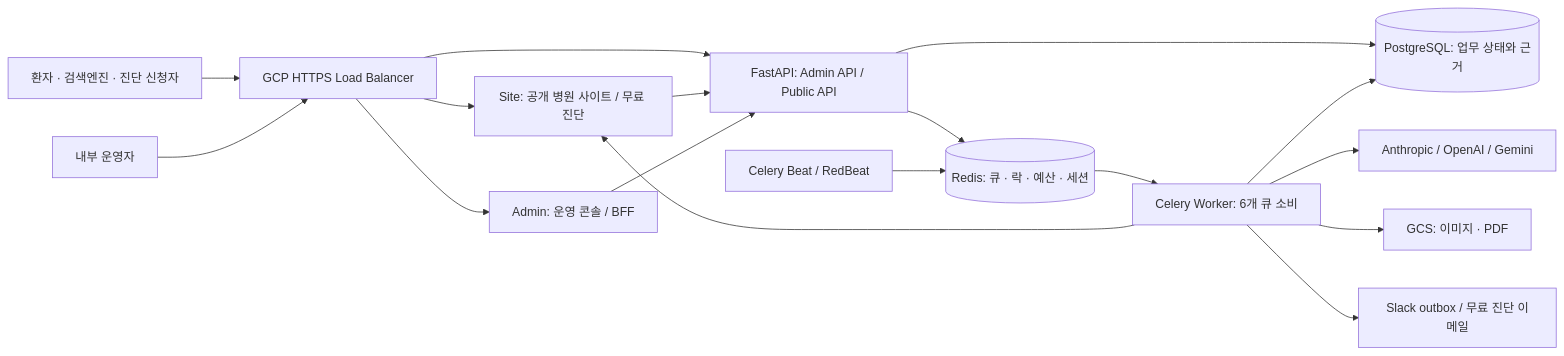
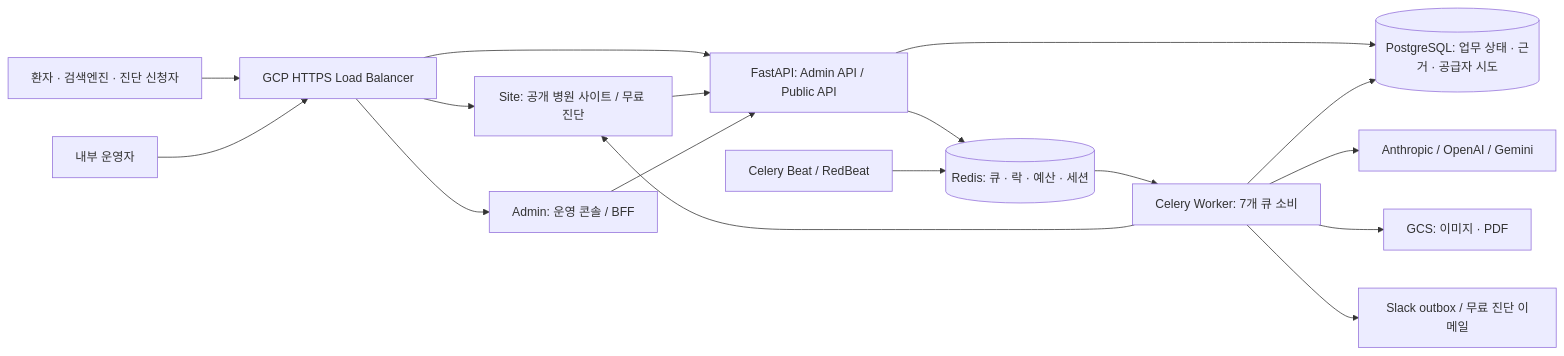
The first of 2 diagrams in docs/architecture/system-map.md (wjlee930501/reputation), drawn with Mermaid before and after one commit. The commit also changed other lines of this file and 227 other files, not shown here.

````diff
--- a/docs/architecture/system-map.md
+++ b/docs/architecture/system-map.md
@@ -13,19 +15,19 @@
 ```mermaid
 flowchart LR
   Visitor["환자 · 검색엔진 · 진단 신청자"] --> LB["GCP HTTPS Load Balancer"]
   AE["내부 운영자"] --> LB
   LB --> Site["Site: 공개 병원 사이트 / 무료 진단"]
   LB --> Admin["Admin: 운영 콘솔 / BFF"]
   LB --> API["FastAPI: Admin API / Public API"]
   Site --> API
   Admin --> API
-  API --> DB[("PostgreSQL: 업무 상태와 근거")]
+  API --> DB[("PostgreSQL: 업무 상태 · 근거 · 공급자 시도")]
   API --> Redis[("Redis: 큐 · 락 · 예산 · 세션")]
   Beat["Celery Beat / RedBeat"] --> Redis
-  Redis --> Worker["Celery Worker: 6개 큐 소비"]
+  Redis --> Worker["Celery Worker: 7개 큐 소비"]
   Worker --> DB
   Worker --> Providers["Anthropic / OpenAI / Gemini"]
   Worker --> GCS["GCS: 이미지 · PDF"]
   Worker --> Site
   Worker --> Notify["Slack outbox / 무료 진단 이메일"]
 ```
````
